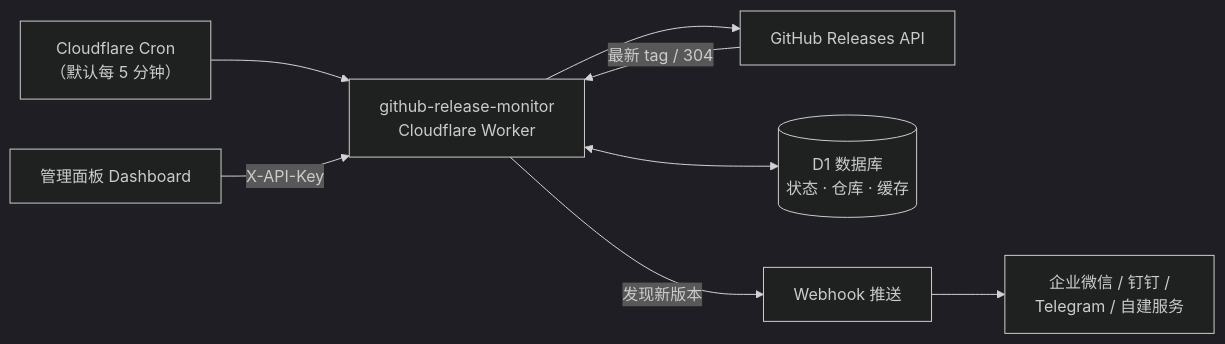
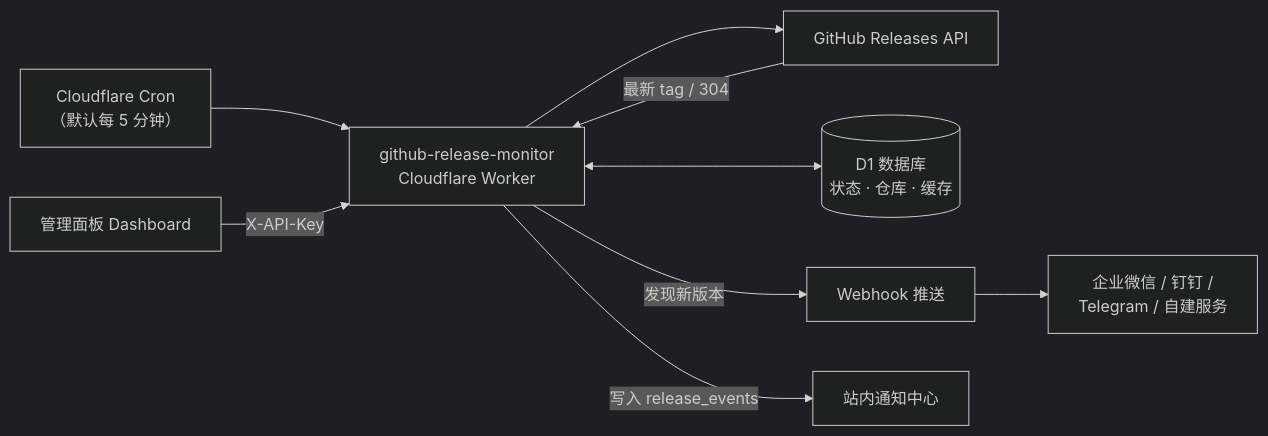
Before and after one commit to GOldX3Cheng/github-release-monitor: the diagram in README.md, drawn with Mermaid (dark theme). The commit also changed other lines of this file and 8 other files, not shown here.

````diff
--- a/README.md
+++ b/README.md
@@ -35,10 +41,11 @@
 ```mermaid
 flowchart LR
     A["Cloudflare Cron<br/>（默认每 5 分钟）"] --> B["github-release-monitor<br/>Cloudflare Worker"]
     B --> C["GitHub Releases API"]
     C -->|"最新 tag / 304"| B
     B <--> D[("D1 数据库<br/>状态 · 仓库 · 缓存")]
     B -->|"发现新版本"| E["Webhook 推送"]
     E --> F["企业微信 / 钉钉 /<br/>Telegram / 自建服务"]
-    G["管理面板 Dashboard"] -->|"X-API-Key"| B
+    B -->|"写入 release_events"| G["站内通知中心"]
+    H["管理面板 Dashboard"] -->|"X-API-Key"| B
 ```
````
